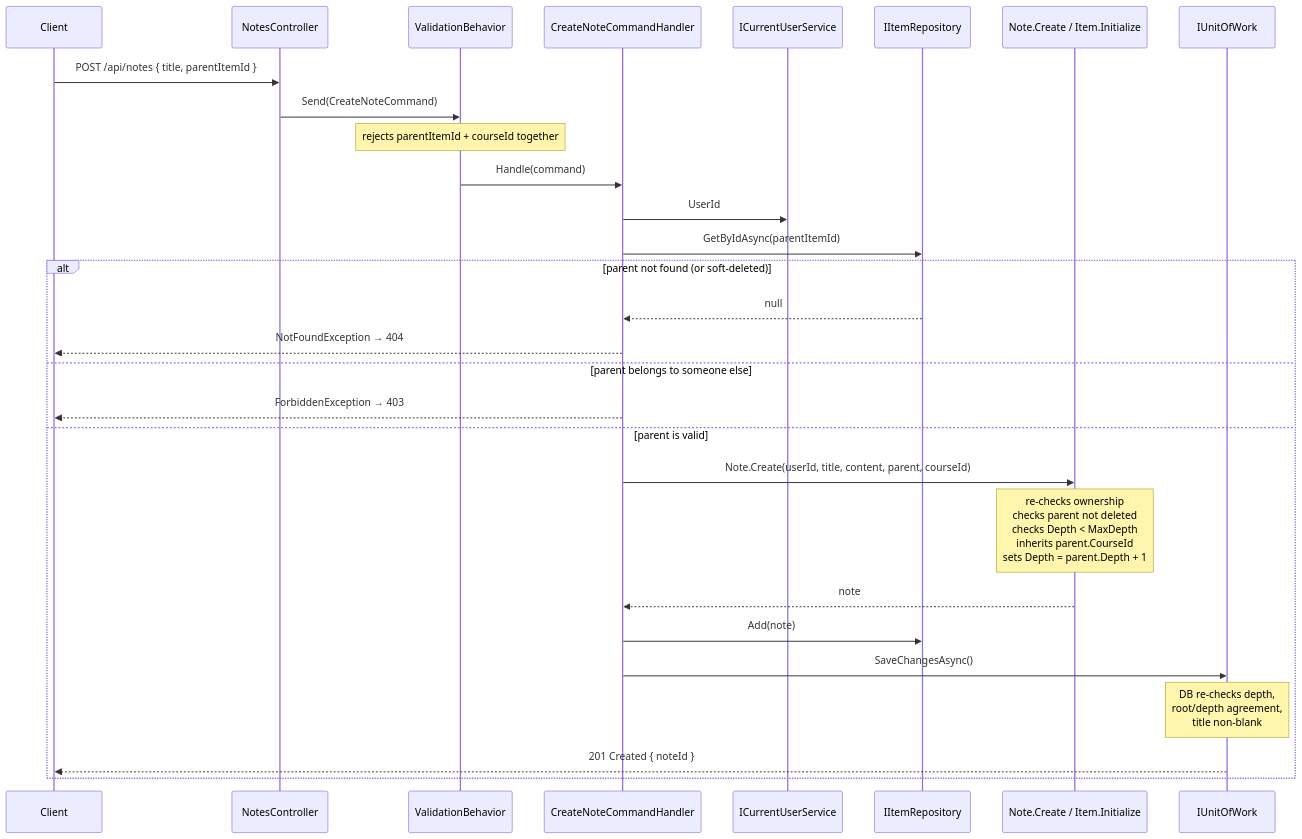
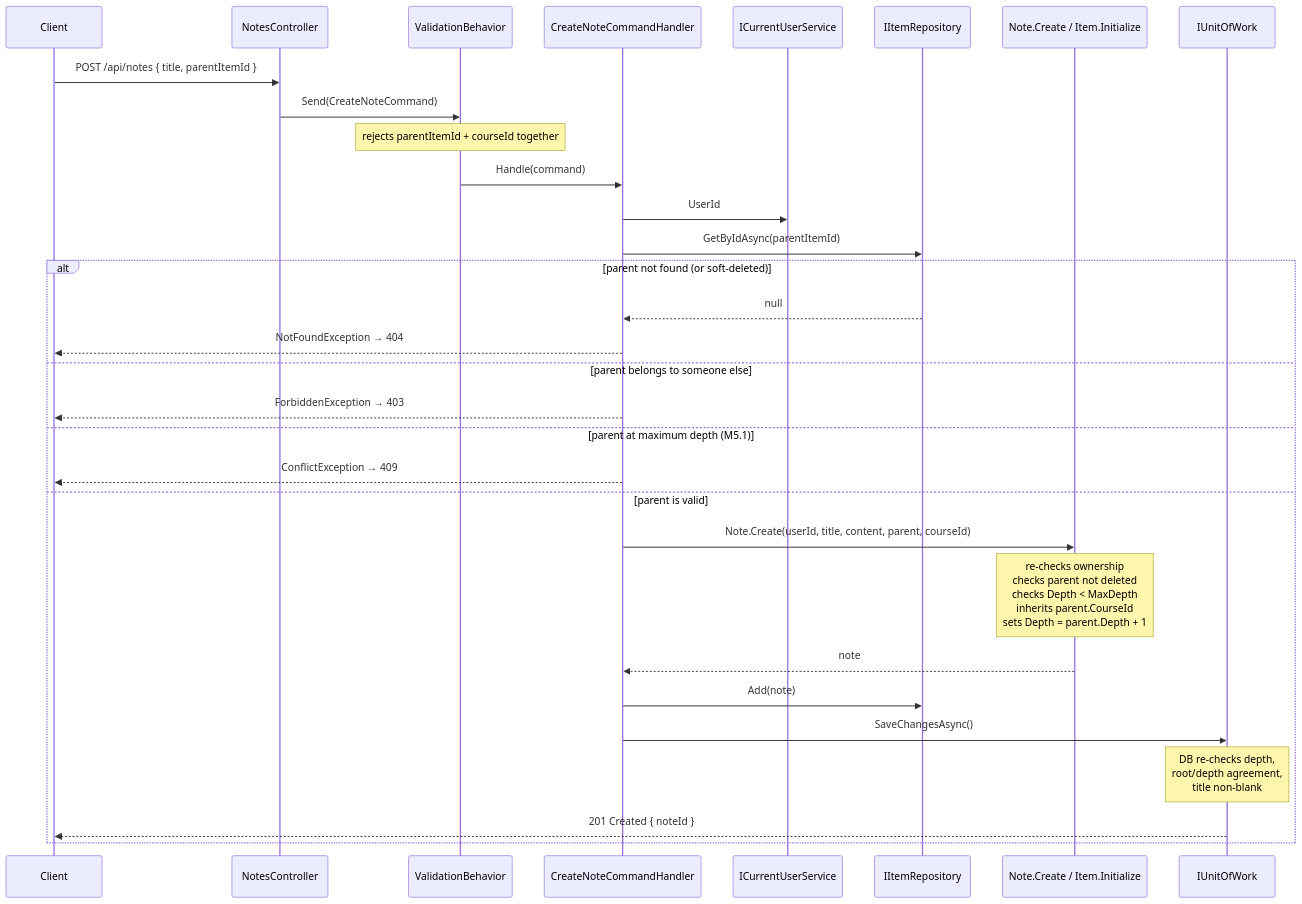
One commit to alamr-nawaf/StudyHub changed the third of 8 diagrams in docs/ARCHITECTURE.md. Above: the diagram before and after it, drawn with Mermaid. The commit also changed other lines of this file and 3 other files, not shown here.

Commit message:
Update Roadmap

````diff
--- a/docs/ARCHITECTURE.md
+++ b/docs/ARCHITECTURE.md
@@ -224,33 +235,35 @@
 ```mermaid
 sequenceDiagram
     participant Client
     participant Ctrl as NotesController
     participant Val as ValidationBehavior
     participant H as CreateNoteCommandHandler
     participant Cur as ICurrentUserService
     participant Repo as IItemRepository
     participant Ent as Note.Create / Item.Initialize
     participant UoW as IUnitOfWork
 
     Client->>Ctrl: POST /api/notes { title, parentItemId }
     Ctrl->>Val: Send(CreateNoteCommand)
     Note over Val: rejects parentItemId + courseId together
     Val->>H: Handle(command)
     H->>Cur: UserId
     H->>Repo: GetByIdAsync(parentItemId)
 
     alt parent not found (or soft-deleted)
         Repo-->>H: null
         H-->>Client: NotFoundException → 404
     else parent belongs to someone else
         H-->>Client: ForbiddenException → 403
+    else parent at maximum depth (M5.1)
+        H-->>Client: ConflictException → 409
     else parent is valid
         H->>Ent: Note.Create(userId, title, content, parent, courseId)
         Note over Ent: re-checks ownership<br/>checks parent not deleted<br/>checks Depth < MaxDepth<br/>inherits parent.CourseId<br/>sets Depth = parent.Depth + 1
         Ent-->>H: note
         H->>Repo: Add(note)
         H->>UoW: SaveChangesAsync()
         Note over UoW: DB re-checks depth,<br/>root/depth agreement,<br/>title non-blank
         UoW-->>Client: 201 Created { noteId }
     end
 ```
````
